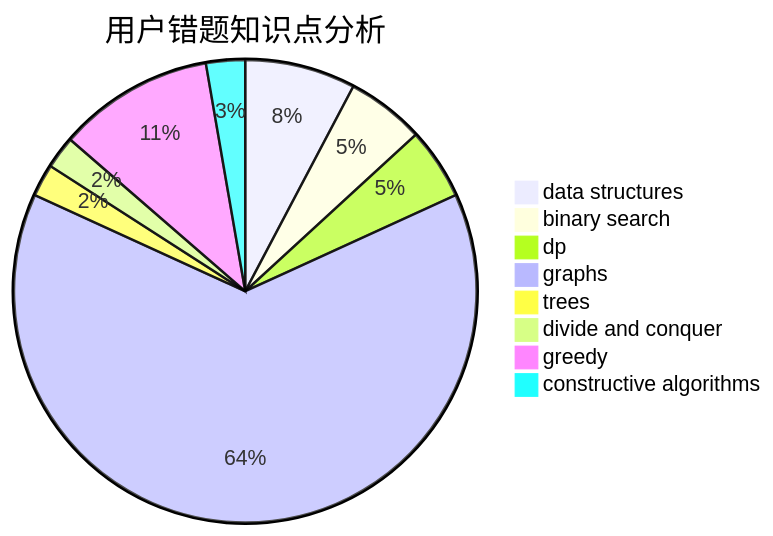
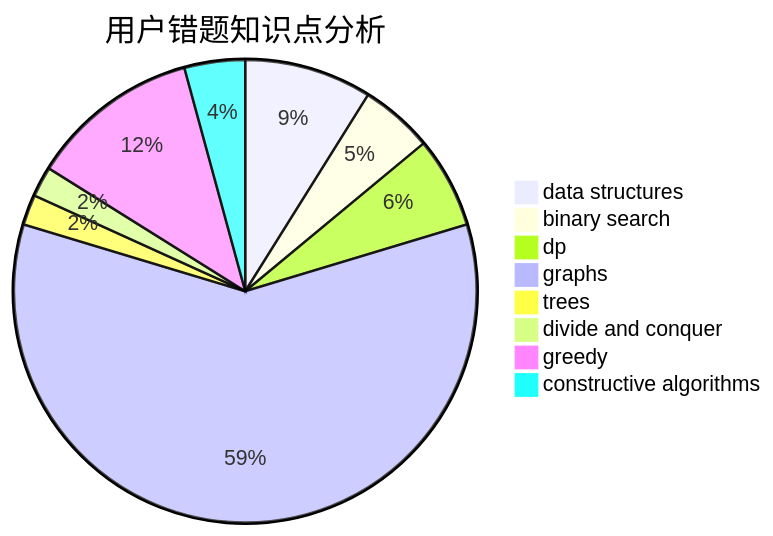
One commit to sherpahu/cfrs.github.io changed the third of 3 diagrams in docs/user/u1880.md. Above: the diagram before and after it, drawn with Mermaid. The commit also changed other lines of this file and 2770 other files, not shown here.

````diff
--- a/docs/user/u1880.md
+++ b/docs/user/u1880.md
@@ -36,11 +36,11 @@
 ```mermaid
 pie title 用户错题知识点分析
-    "data structures" :  17
+    "data structures" :  21
     "binary search" :  12
-    "dp" :  11
+    "dp" :  15
     "graphs" :  140
     "trees" :  5
     "divide and conquer" :  5
-    "greedy" :  24
-    "constructive algorithms" :  6
+    "greedy" :  28
+    "constructive algorithms" :  10
 ```
````
